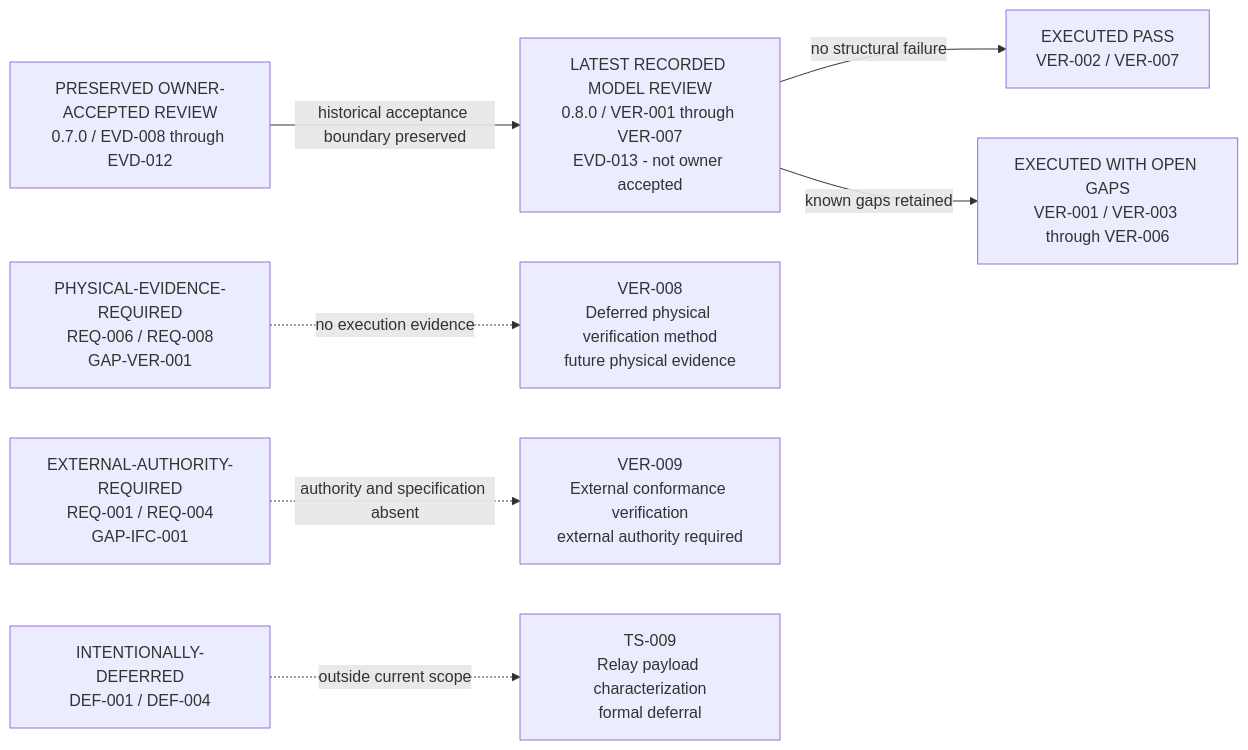
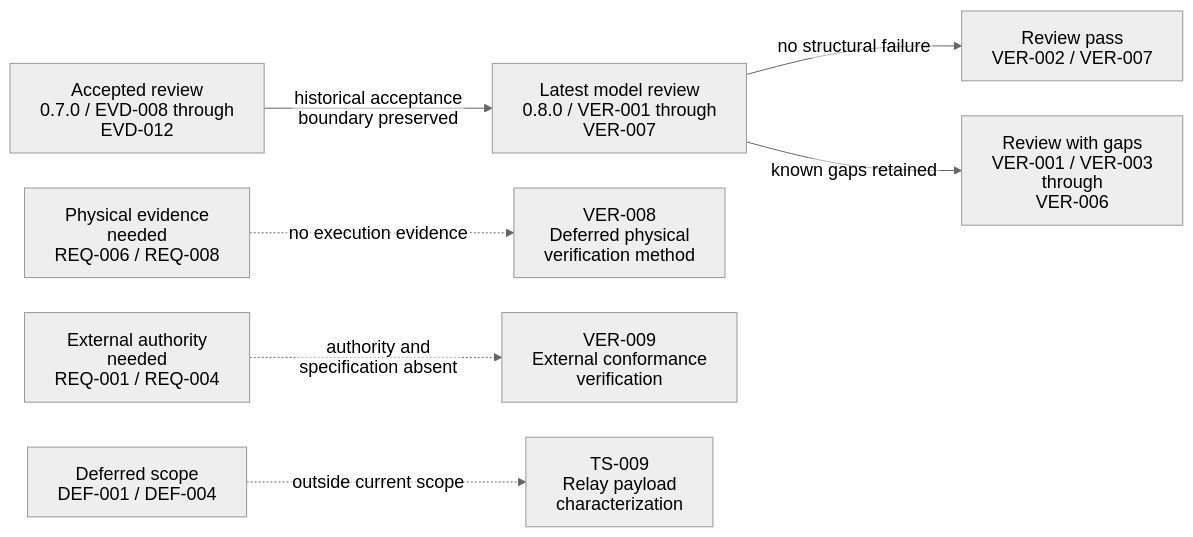
Diagram 13 of 15 in docs/reference/architecture-atlas.md (noahstephenson/low-cost-relay-uas), drawn with Mermaid before and after one commit. The commit also changed other lines of this file and 22 other files, not shown here.

Commit message:
Teach the relay UAS architecture through a guided reading path and readable views

````diff
--- a/docs/reference/architecture-atlas.md
+++ b/docs/reference/architecture-atlas.md
@@ -363,20 +541,21 @@
 ```mermaid
+%%{init: {"theme": "neutral", "htmlLabels": false, "themeVariables": {"fontSize": "18px"}, "flowchart": {"htmlLabels": false, "nodeSpacing": 35, "rankSpacing": 45}}}%%
 flowchart LR
     %% Configuration scope: CFG-REP / CFG-DOM with project-scope deferrals
-    ACCEPTED["PRESERVED OWNER-ACCEPTED REVIEW<br/>0.7.0 / EVD-008 through EVD-012"]
-    EXECUTED["LATEST RECORDED MODEL REVIEW<br/>0.8.0 / VER-001 through VER-007<br/>EVD-013 - not owner accepted"]
-    PASS["EXECUTED PASS<br/>VER-002 / VER-007"]
-    OPEN["EXECUTED WITH OPEN GAPS<br/>VER-001 / VER-003 through VER-006"]
-    PHYSICAL["PHYSICAL-EVIDENCE-REQUIRED<br/>REQ-006 / REQ-008<br/>GAP-VER-001"]
-    EXTERNAL["EXTERNAL-AUTHORITY-REQUIRED<br/>REQ-001 / REQ-004<br/>GAP-IFC-001"]
-    DEFERRED["INTENTIONALLY-DEFERRED<br/>DEF-001 / DEF-004"]
-    VER_008["VER-008<br/>Deferred physical verification method<br/>future physical evidence"]
-    VER_009["VER-009<br/>External conformance verification<br/>external authority required"]
-    TS_009["TS-009<br/>Relay payload characterization<br/>formal deferral"]
+    ACCEPTED["Accepted review<br/>0.7.0 / EVD-008 through<br/>EVD-012"]
+    EXECUTED["Latest model review<br/>0.8.0 / VER-001 through<br/>VER-007"]
+    PASS["Review pass<br/>VER-002 / VER-007"]
+    OPEN["Review with gaps<br/>VER-001 / VER-003 through<br/>VER-006"]
+    PHYSICAL["Physical evidence needed<br/>REQ-006 / REQ-008"]
+    EXTERNAL["External authority needed<br/>REQ-001 / REQ-004"]
+    DEFERRED["Deferred scope<br/>DEF-001 / DEF-004"]
+    VER_008["VER-008<br/>Deferred physical<br/>verification method"]
+    VER_009["VER-009<br/>External conformance<br/>verification"]
+    TS_009["TS-009<br/>Relay payload<br/>characterization"]
     ACCEPTED -->|"historical acceptance boundary preserved"| EXECUTED
     EXECUTED -->|"no structural failure"| PASS
     EXECUTED -->|"known gaps retained"| OPEN
     PHYSICAL -.->|"no execution evidence"| VER_008
     EXTERNAL -.->|"authority and specification absent"| VER_009
     DEFERRED -.->|"outside current scope"| TS_009
 ```
````
